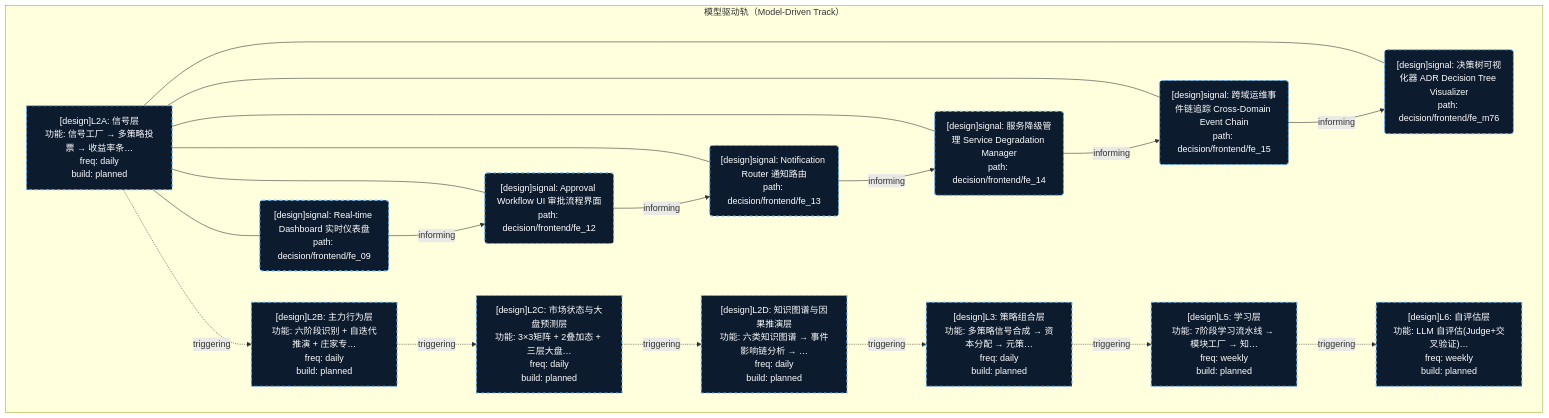
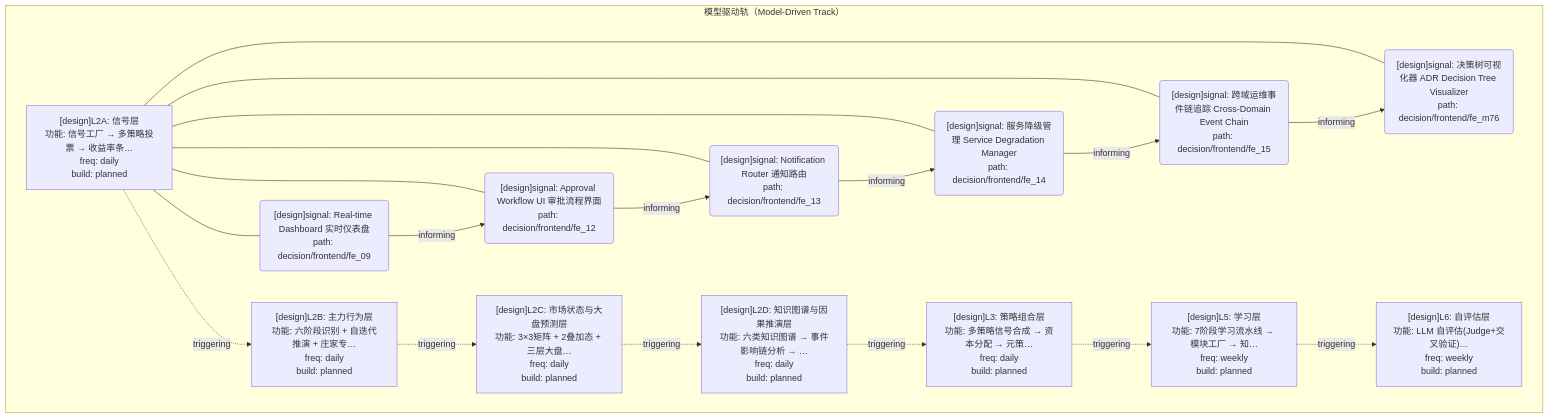
One commit to xuanFelixVan/ZephyrAlpha changed the first of 2 diagrams in docs/02_enterprise_architecture/06_decision_architecture/08_decision_l2a_frontend.md. Above: the diagram before and after it, drawn with Mermaid. The commit also changed other lines of this file and 23 other files, not shown here.

First line of the commit message:
style(decision-diagram): 移除所有 mermaid classDef，照搬 application_flows.md 纯默认主题

````diff
--- a/docs/02_enterprise_architecture/06_decision_architecture/08_decision_l2a_frontend.md
+++ b/docs/02_enterprise_architecture/06_decision_architecture/08_decision_l2a_frontend.md
@@ -21,41 +21,35 @@
 ```mermaid
 flowchart TD
     subgraph track_model_driven["模型驱动轨（Model-Driven Track）"]
-        LL2A["[design]L2A: 信号层<br/>功能: 信号工厂 → 多策略投票 → 收益率条…<br/>freq: daily<br/>build: planned"]:::bsPlanned
-        N200("[design]signal: Approval Workflow UI 审批流程界面<br/>path: decision/frontend/fe_12"):::bsPlanned
+        LL2A["[design]L2A: 信号层<br/>功能: 信号工厂 → 多策略投票 → 收益率条…<br/>freq: daily<br/>build: planned"]
+        N200("[design]signal: Approval Workflow UI 审批流程界面<br/>path: decision/frontend/fe_12")
         LL2A --- N200
-        N201("[design]signal: Notification Router 通知路由<br/>path: decision/frontend/fe_13"):::bsPlanned
+        N201("[design]signal: Notification Router 通知路由<br/>path: decision/frontend/fe_13")
         LL2A --- N201
-        N202("[design]signal: Real-time Dashboard 实时仪表盘<br/>path: decision/frontend/fe_09"):::bsPlanned
+        N202("[design]signal: Real-time Dashboard 实时仪表盘<br/>path: decision/frontend/fe_09")
         LL2A --- N202
-        N203("[design]signal: 决策树可视化器 ADR Decision Tree Visualizer<br/>path: decision/frontend/fe_m76"):::bsPlanned
+        N203("[design]signal: 决策树可视化器 ADR Decision Tree Visualizer<br/>path: decision/frontend/fe_m76")
         LL2A --- N203
-        N209("[design]signal: 服务降级管理 Service Degradation Manager<br/>path: decision/frontend/fe_14"):::bsPlanned
+        N209("[design]signal: 服务降级管理 Service Degradation Manager<br/>path: decision/frontend/fe_14")
         LL2A --- N209
-        N210("[design]signal: 跨域运维事件链追踪 Cross-Domain Event Chain<br/>path: decision/frontend/fe_15"):::bsPlanned
+        N210("[design]signal: 跨域运维事件链追踪 Cross-Domain Event Chain<br/>path: decision/frontend/fe_15")
         LL2A --- N210
-        LL2B["[design]L2B: 主力行为层<br/>功能: 六阶段识别 + 自迭代推演 + 庄家专…<br/>freq: daily<br/>build: planned"]:::bsPlanned
-        LL2C["[design]L2C: 市场状态与大盘预测层<br/>功能: 3×3矩阵 + 2叠加态 + 三层大盘…<br/>freq: daily<br/>build: planned"]:::bsPlanned
-        LL2D["[design]L2D: 知识图谱与因果推演层<br/>功能: 六类知识图谱 → 事件影响链分析 → …<br/>freq: daily<br/>build: planned"]:::bsPlanned
-        LL3["[design]L3: 策略组合层<br/>功能: 多策略信号合成 → 资本分配 → 元策…<br/>freq: daily<br/>build: planned"]:::bsPlanned
-        LL5["[design]L5: 学习层<br/>功能: 7阶段学习流水线 → 模块工厂 → 知…<br/>freq: weekly<br/>build: planned"]:::bsPlanned
-        LL6["[design]L6: 自评估层<br/>功能: LLM 自评估(Judge+交叉验证)…<br/>freq: weekly<br/>build: planned"]:::bsPlanned
+        LL2B["[design]L2B: 主力行为层<br/>功能: 六阶段识别 + 自迭代推演 + 庄家专…<br/>freq: daily<br/>build: planned"]
+        LL2C["[design]L2C: 市场状态与大盘预测层<br/>功能: 3×3矩阵 + 2叠加态 + 三层大盘…<br/>freq: daily<br/>build: planned"]
+        LL2D["[design]L2D: 知识图谱与因果推演层<br/>功能: 六类知识图谱 → 事件影响链分析 → …<br/>freq: daily<br/>build: planned"]
+        LL3["[design]L3: 策略组合层<br/>功能: 多策略信号合成 → 资本分配 → 元策…<br/>freq: daily<br/>build: planned"]
+        LL5["[design]L5: 学习层<br/>功能: 7阶段学习流水线 → 模块工厂 → 知…<br/>freq: weekly<br/>build: planned"]
+        LL6["[design]L6: 自评估层<br/>功能: LLM 自评估(Judge+交叉验证)…<br/>freq: weekly<br/>build: planned"]
     end
     LL2A -.->|triggering| LL2B
     LL2B -.->|triggering| LL2C
     LL2C -.->|triggering| LL2D
     LL2D -.->|triggering| LL3
     LL3 -.->|triggering| LL5
     LL5 -.->|triggering| LL6
     N202 -->|informing| N200
     N200 -->|informing| N201
     N201 -->|informing| N209
     N209 -->|informing| N210
     N210 -->|informing| N203
-
-    classDef bsStable fill:#1b2e1b,stroke:#4caf50,stroke-width:2px,color:#fff
-    classDef bsGenerated fill:#2e2a0d,stroke:#ffd54f,stroke-width:2px,color:#fff
-    classDef bsTesting fill:#2e1d0d,stroke:#ff8a65,stroke-width:2px,color:#fff
-    classDef bsPlanned fill:#0d1b2e,stroke:#64b5f6,stroke-width:2px,color:#fff,stroke-dasharray: 5 5
-    classDef bsDeprecated fill:#2e0d0d,stroke:#e57373,stroke-width:2px,color:#fff,stroke-dasharray: 5 5
 ```
````
